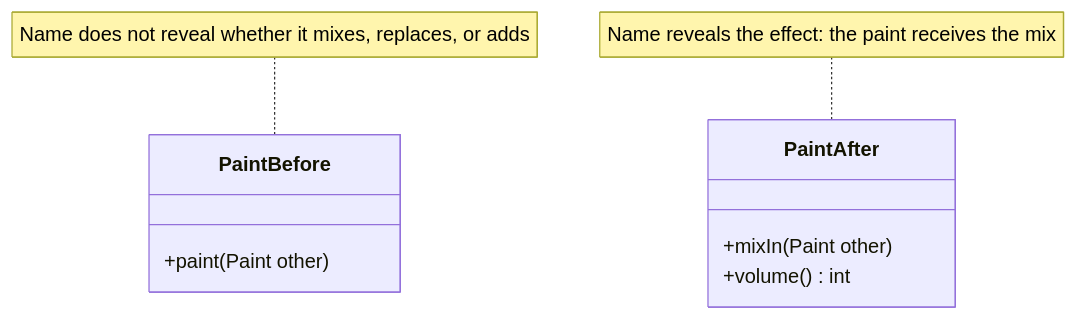
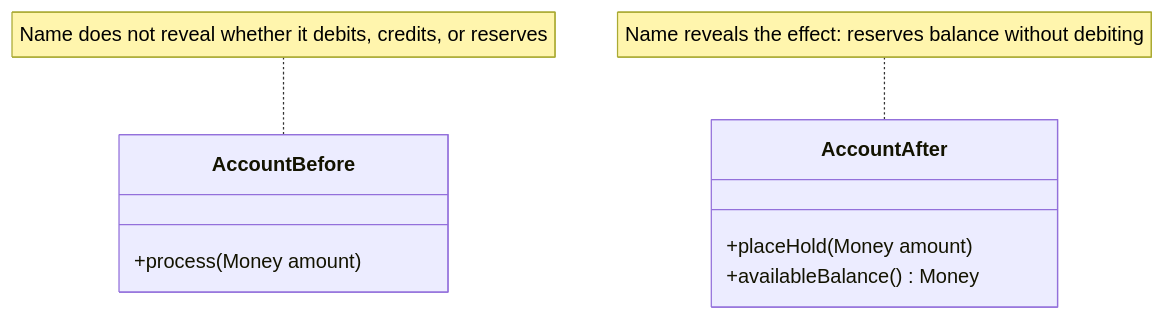
The diagram in i18n/en/docusaurus-plugin-content-docs/current/design/ddd/supple-design/intention-revealing-interfaces.md (alancesar/design-patterns), drawn with Mermaid before and after one commit. The commit also changed other lines of this file and 67 other files, not shown here.

First line of the commit message:
Switch DDD examples and diagrams to fintech scenarios

````diff
--- a/i18n/en/docusaurus-plugin-content-docs/current/design/ddd/supple-design/intention-revealing-interfaces.md
+++ b/i18n/en/docusaurus-plugin-content-docs/current/design/ddd/supple-design/intention-revealing-interfaces.md
@@ -54,12 +54,12 @@
 ```mermaid
 classDiagram
-    class PaintBefore {
-        +paint(Paint other)
+    class AccountBefore {
+        +process(Money amount)
     }
-    class PaintAfter {
-        +mixIn(Paint other)
-        +volume() int
+    class AccountAfter {
+        +placeHold(Money amount)
+        +availableBalance() Money
     }
-    note for PaintBefore "Name does not reveal whether it mixes, replaces, or adds"
-    note for PaintAfter "Name reveals the effect: the paint receives the mix"
+    note for AccountBefore "Name does not reveal whether it debits, credits, or reserves"
+    note for AccountAfter "Name reveals the effect: reserves balance without debiting"
 ```
````
